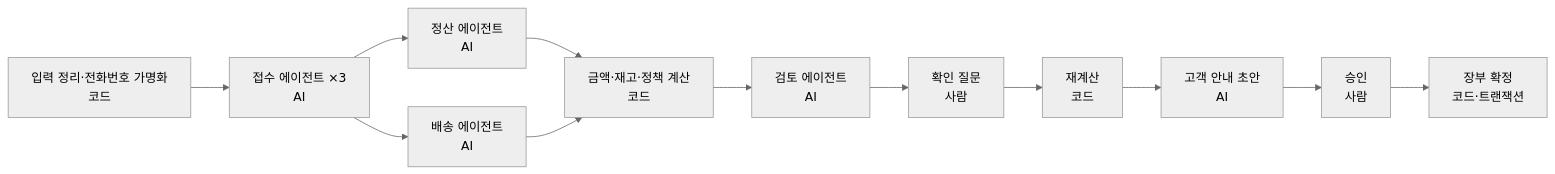
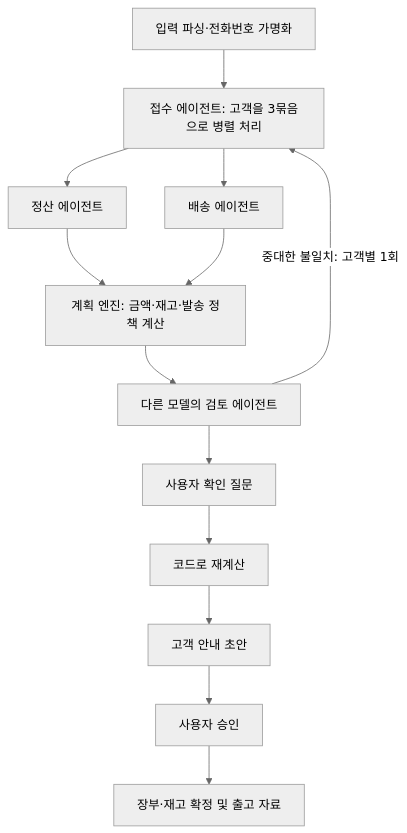
Before and after one commit to PLZGET/cheongdo-ai-samujang: the diagram in README.md, drawn with Mermaid (neutral theme). The commit also changed other lines of this file and 16 other files, not shown here.

````diff
--- a/README.md
+++ b/README.md
@@ -18,10 +65,15 @@
 ```mermaid
-flowchart LR
-  P[입력 정리·전화번호 가명화<br/>코드] --> I[접수 에이전트 ×3<br/>AI]
-  I --> F[정산 에이전트<br/>AI] & S[배송 에이전트<br/>AI]
-  F & S --> PL[금액·재고·정책 계산<br/>코드]
-  PL --> R[검토 에이전트<br/>AI]
-  R --> Q[확인 질문<br/>사람]
-  Q --> RP[재계산<br/>코드] --> C[고객 안내 초안<br/>AI]
-  C --> A[승인<br/>사람] --> K[장부 확정<br/>코드·트랜잭션]
+flowchart TD
+  P[입력 파싱·전화번호 가명화] --> I[접수 에이전트: 고객을 3묶음으로 병렬 처리]
+  I --> F[정산 에이전트]
+  I --> S[배송 에이전트]
+  F --> PL[계획 엔진: 금액·재고·발송 정책 계산]
+  S --> PL
+  PL --> R[다른 모델의 검토 에이전트]
+  R -->|중대한 불일치: 고객별 1회| I
+  R --> Q[사용자 확인 질문]
+  Q --> RP[코드로 재계산]
+  RP --> C[고객 안내 초안]
+  C --> A[사용자 승인]
+  A --> K[장부·재고 확정 및 출고 자료]
 ```
````
